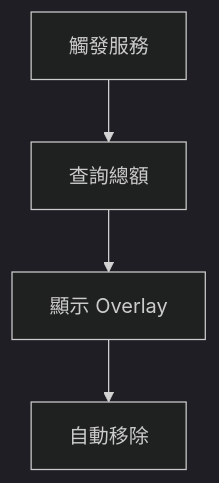
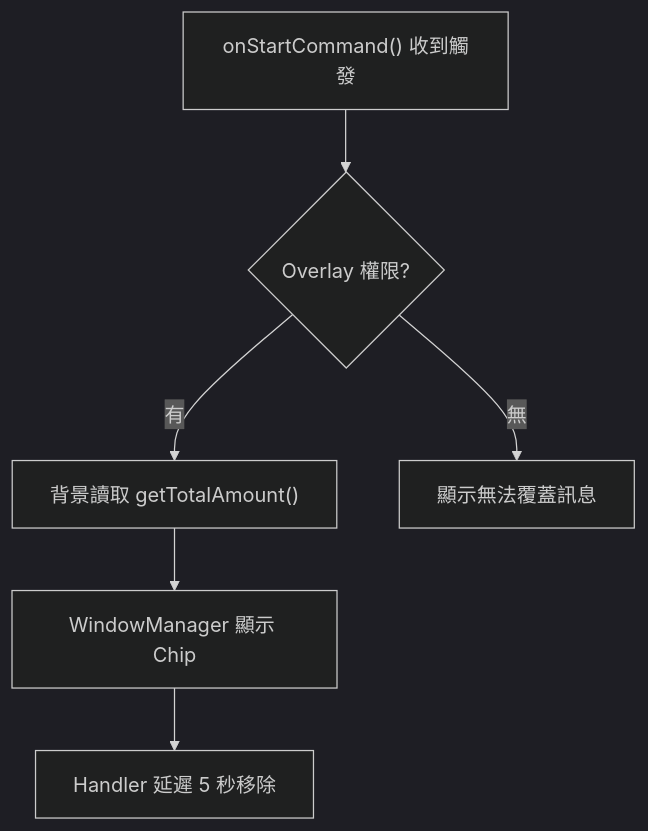
One commit to Dao-you/SimplestBookAndroid changed diagram 11 of 26 in Grading_Criteria.md. Above: the diagram before and after it, drawn with Mermaid (dark theme). The commit also changed other lines of this file, not shown here.

````diff
--- a/Grading_Criteria.md
+++ b/Grading_Criteria.md
@@ -298,6 +313,8 @@
 ```mermaid
 flowchart TD
-    A[觸發服務] --> B[查詢總額]
-    B --> C[顯示 Overlay]
-    C --> D[自動移除]
+    A["onStartCommand() 收到觸發"] --> B{"Overlay 權限?"}
+    B -->|"有"| C["背景讀取 getTotalAmount()"]
+    B -->|"無"| D["顯示無法覆蓋訊息"]
+    C --> E["WindowManager 顯示 Chip"]
+    E --> F["Handler 延遲 5 秒移除"]
 ```
````
